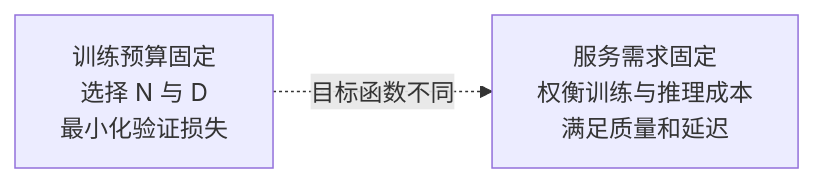
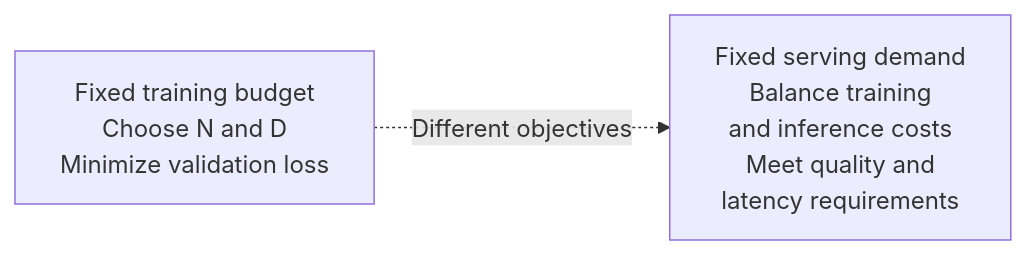
The first of 2 diagrams in docs/llm/02-training-alignment/07-scaling-law-emergence.md (oneleaveknowsthefall/awesome-ai-roadmap), drawn with Mermaid before and after one commit. The commit also changed other lines of this file and 92 other files, not shown here.

````diff
--- a/docs/llm/02-training-alignment/07-scaling-law-emergence.md
+++ b/docs/llm/02-training-alignment/07-scaling-law-emergence.md
@@ -94,6 +94,6 @@
 ```mermaid
 flowchart LR
-    A["训练预算固定<br/>选择 N 与 D<br/>最小化验证损失"]
-    B["服务需求固定<br/>权衡训练与推理成本<br/>满足质量和延迟"]
-    A -.->|目标函数不同| B
+    A["Fixed training budget<br/>Choose N and D<br/>Minimize validation loss"]
+    B["Fixed serving demand<br/>Balance training<br/>and inference costs<br/>Meet quality and<br/>latency requirements"]
+    A -.->|Different objectives| B
 ```
````
